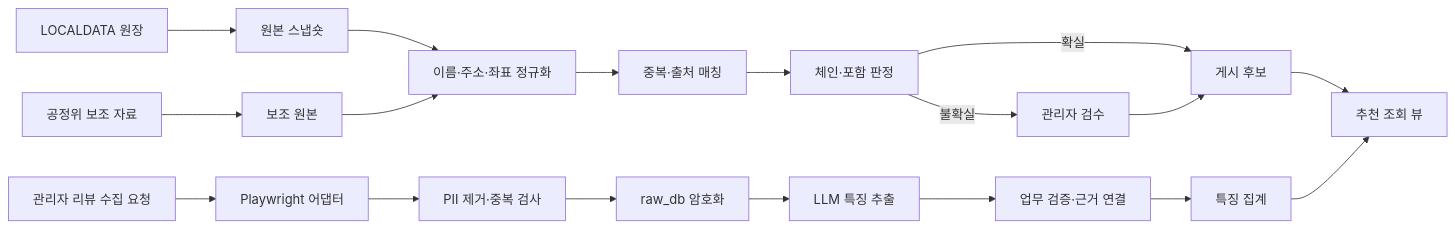
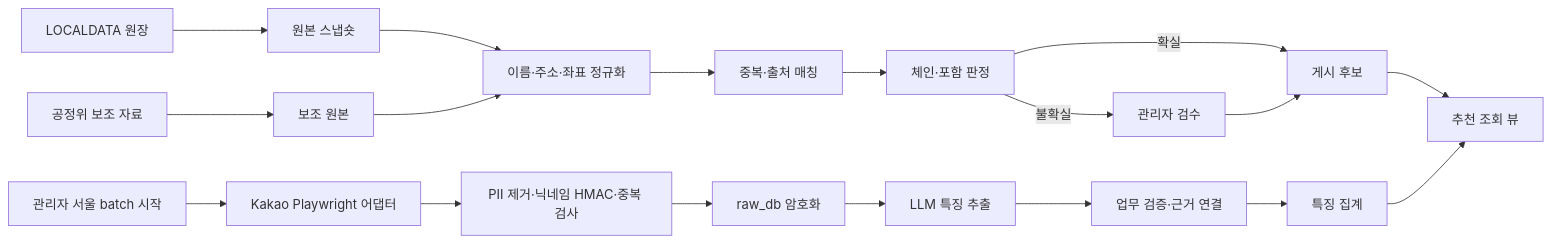
One commit to minhyeok328/Bread_map changed the diagram in docs/04-architecture/worker-design.md. Above: the diagram before and after it, drawn with Mermaid. The commit also changed other lines of this file and 8 other files, not shown here.

First line of the commit message:
docs(architecture): define data and trust boundaries

````diff
--- a/docs/04-architecture/worker-design.md
+++ b/docs/04-architecture/worker-design.md
@@ -37,21 +37,21 @@
 ```mermaid
 flowchart LR
     L["LOCALDATA 원장"] --> R["원본 스냅숏"]
     F["공정위 보조 자료"] --> R2["보조 원본"]
     R --> N["이름·주소·좌표 정규화"]
     R2 --> N
     N --> M["중복·출처 매칭"]
     M --> C["체인·포함 판정"]
     C -->|"확실"| P["게시 후보"]
     C -->|"불확실"| A["관리자 검수"]
     A --> P
     P --> V["추천 조회 뷰"]
 
-    X["관리자 리뷰 수집 요청"] --> B["Playwright 어댑터"]
-    B --> D["PII 제거·중복 검사"]
+    X["관리자 서울 batch 시작"] --> B["Kakao Playwright 어댑터"]
+    B --> D["PII 제거·닉네임 HMAC·중복 검사"]
     D --> E["raw_db 암호화"]
     E --> O["LLM 특징 추출"]
     O --> Q["업무 검증·근거 연결"]
     Q --> G["특징 집계"]
     G --> V
 ```
````
